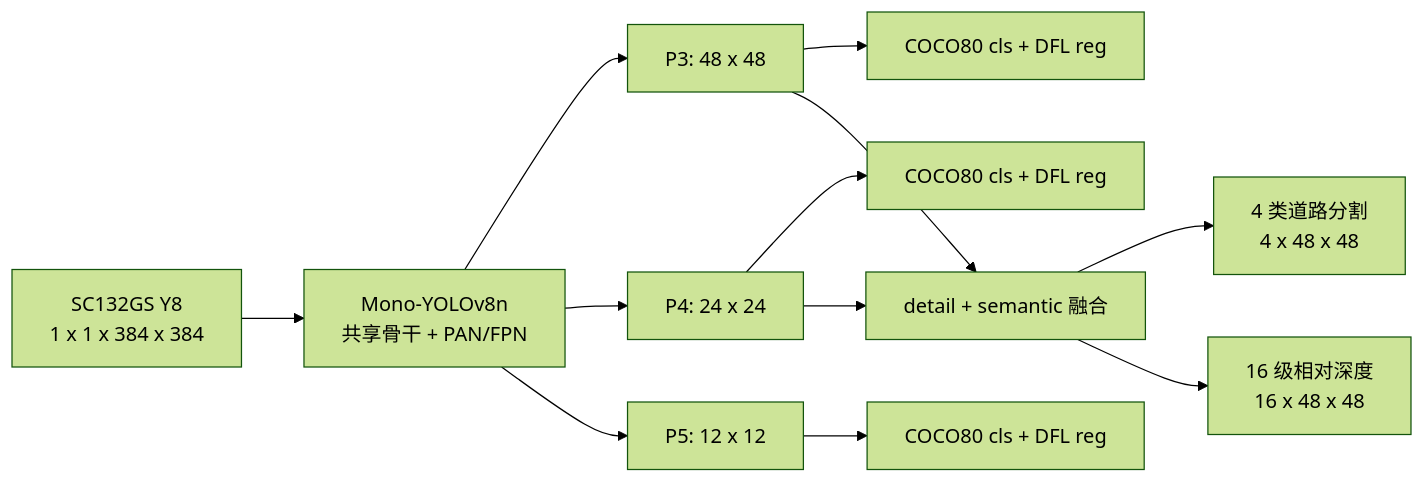
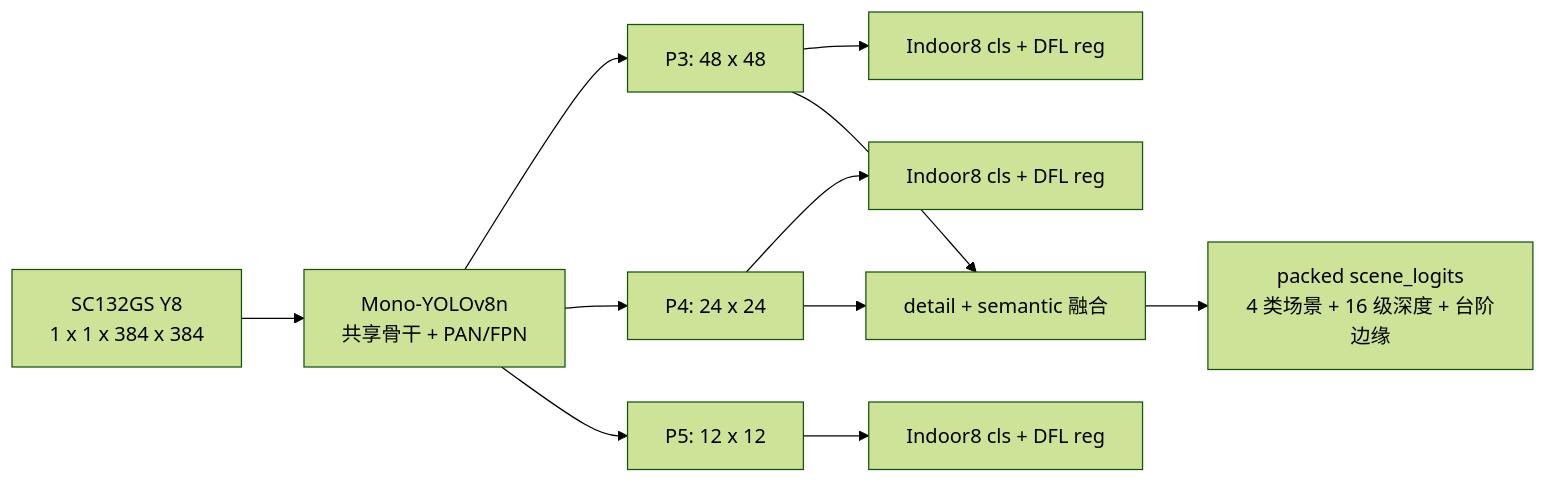
One commit to daiyonglin/graynav-obstacle-detect changed the diagram in docs/GRAYNAV_UNIFIED_PERCEPTION_REDESIGN_2026-08-11.md. Above: the diagram before and after it, drawn with Mermaid (forest theme). The commit also changed other lines of this file and 2 other files, not shown here.

````diff
--- a/docs/GRAYNAV_UNIFIED_PERCEPTION_REDESIGN_2026-08-11.md
+++ b/docs/GRAYNAV_UNIFIED_PERCEPTION_REDESIGN_2026-08-11.md
@@ -22,14 +22,13 @@
 ```mermaid
 flowchart LR
     A["SC132GS Y8<br/>1 x 1 x 384 x 384"] --> B["Mono-YOLOv8n<br/>共享骨干 + PAN/FPN"]
     B --> P3["P3: 48 x 48"]
     B --> P4["P4: 24 x 24"]
     B --> P5["P5: 12 x 12"]
-    P3 --> D3["COCO80 cls + DFL reg"]
-    P4 --> D4["COCO80 cls + DFL reg"]
-    P5 --> D5["COCO80 cls + DFL reg"]
+    P3 --> D3["Indoor8 cls + DFL reg"]
+    P4 --> D4["Indoor8 cls + DFL reg"]
+    P5 --> D5["Indoor8 cls + DFL reg"]
     P3 --> F["detail + semantic 融合"]
     P4 --> F
-    F --> S["4 类道路分割<br/>4 x 48 x 48"]
-    F --> Z["16 级相对深度<br/>16 x 48 x 48"]
+    F --> S["packed scene_logits<br/>4 类场景 + 16 级深度 + 台阶边缘"]
 ```
````
